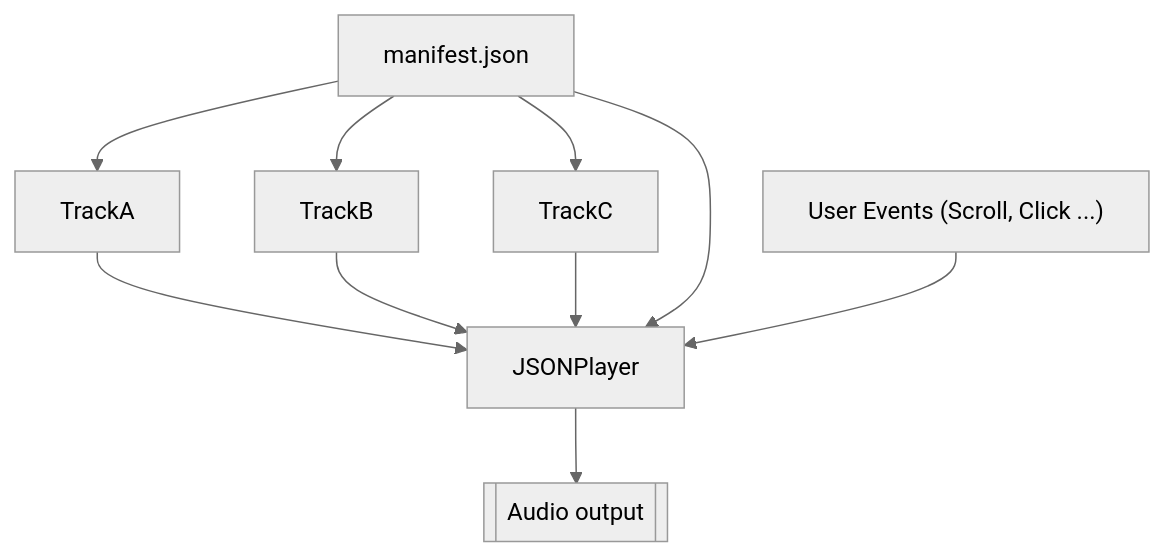
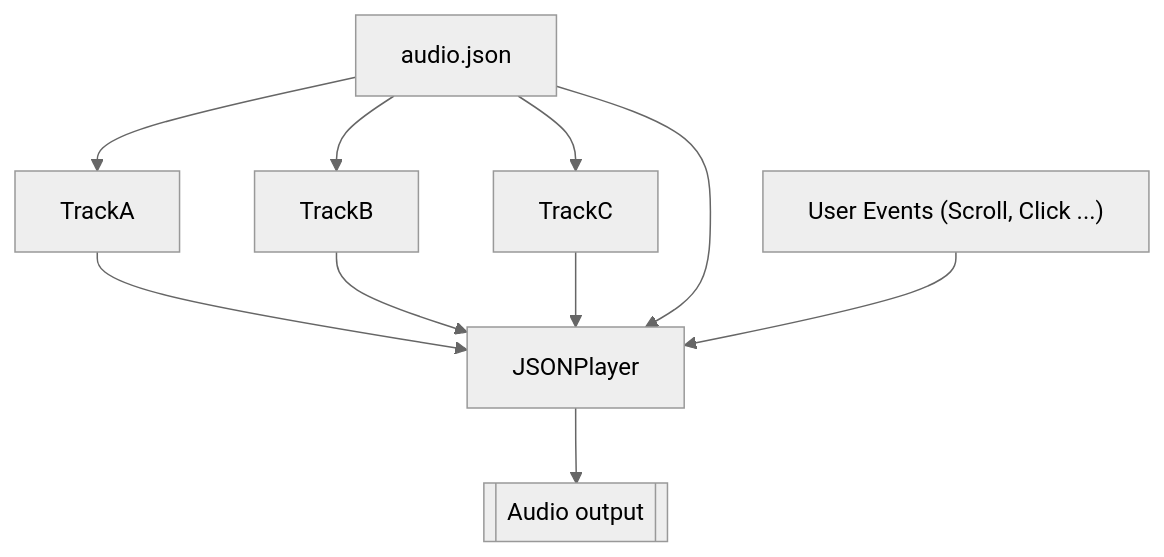
One commit to purewack/jsong-audio changed the diagram in README.md. Above: the diagram before and after it, drawn with Mermaid (neutral theme). The commit also changed other lines of this file and 17 other files, not shown here.

````diff
--- a/README.md
+++ b/README.md
@@ -8,19 +8,19 @@
 ```mermaid
 graph TD
   a[TrackA];
   b[TrackB];
   c[TrackC];
   ev["User Events (Scroll, Click ...)"]
   player[JSONPlayer]
-  m[manifest.json]
+  m[audio.json]
 
   a --> player
   b --> player
   c --> player
   m --> player
   m --> a
   m --> b
   m --> c
   ev --> player
   player --> o[[Audio output]]
 ```
````
